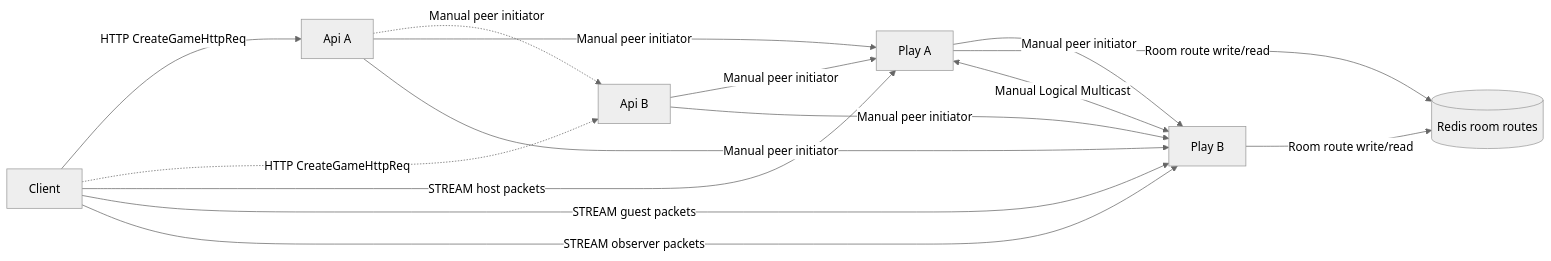
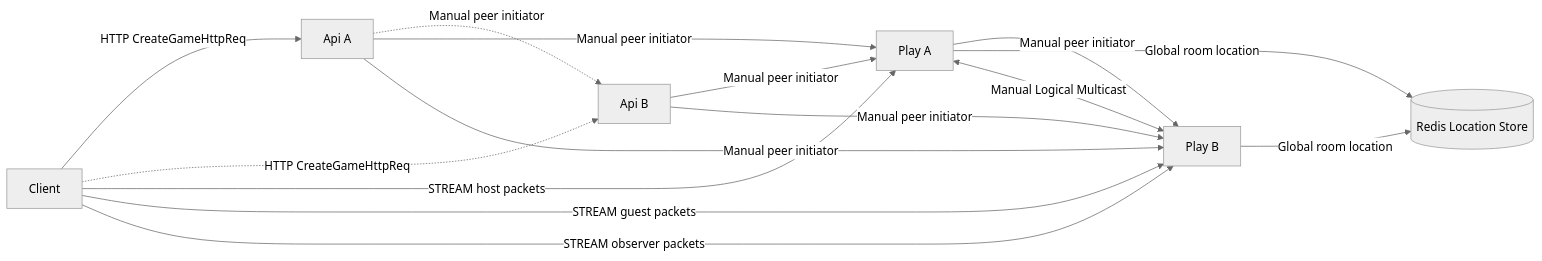
Before and after one commit to kairos-code-dev/zlink: the first of 6 diagrams in framework/doc/framework/common/sample/tictactoe/README.ko.md, drawn with Mermaid (neutral theme). The commit also changed other lines of this file and 725 other files, not shown here.

````diff
--- a/framework/doc/framework/common/sample/tictactoe/README.ko.md
+++ b/framework/doc/framework/common/sample/tictactoe/README.ko.md
@@ -67,24 +67,24 @@
 ```mermaid
 graph LR
     C[Client]
     APIA[Api A]
     APIB[Api B]
     PLAYA[Play A]
     PLAYB[Play B]
-    REDIS[(Redis room routes)]
+    REDIS[(Redis Location Store)]
 
     C -->|HTTP CreateGameHttpReq| APIA
     C -.->|HTTP CreateGameHttpReq| APIB
     APIA -.->|Manual peer initiator| APIB
     APIA -->|Manual peer initiator| PLAYA
     APIA -->|Manual peer initiator| PLAYB
     APIB -->|Manual peer initiator| PLAYA
     APIB -->|Manual peer initiator| PLAYB
     PLAYA -->|Manual peer initiator| PLAYB
-    PLAYA -->|Room route write/read| REDIS
-    PLAYB -->|Room route write/read| REDIS
+    PLAYA -->|Global room location| REDIS
+    PLAYB -->|Global room location| REDIS
     C -->|STREAM host packets| PLAYA
     C -->|STREAM guest packets| PLAYB
     C -->|STREAM observer packets| PLAYB
     PLAYA <-->|Manual Logical Multicast| PLAYB
 ```
````
